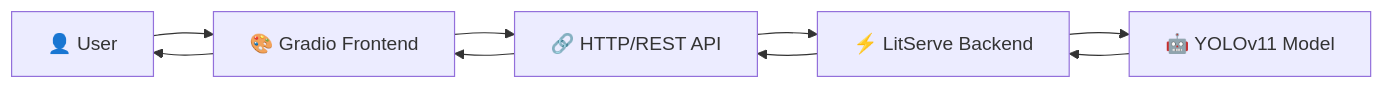
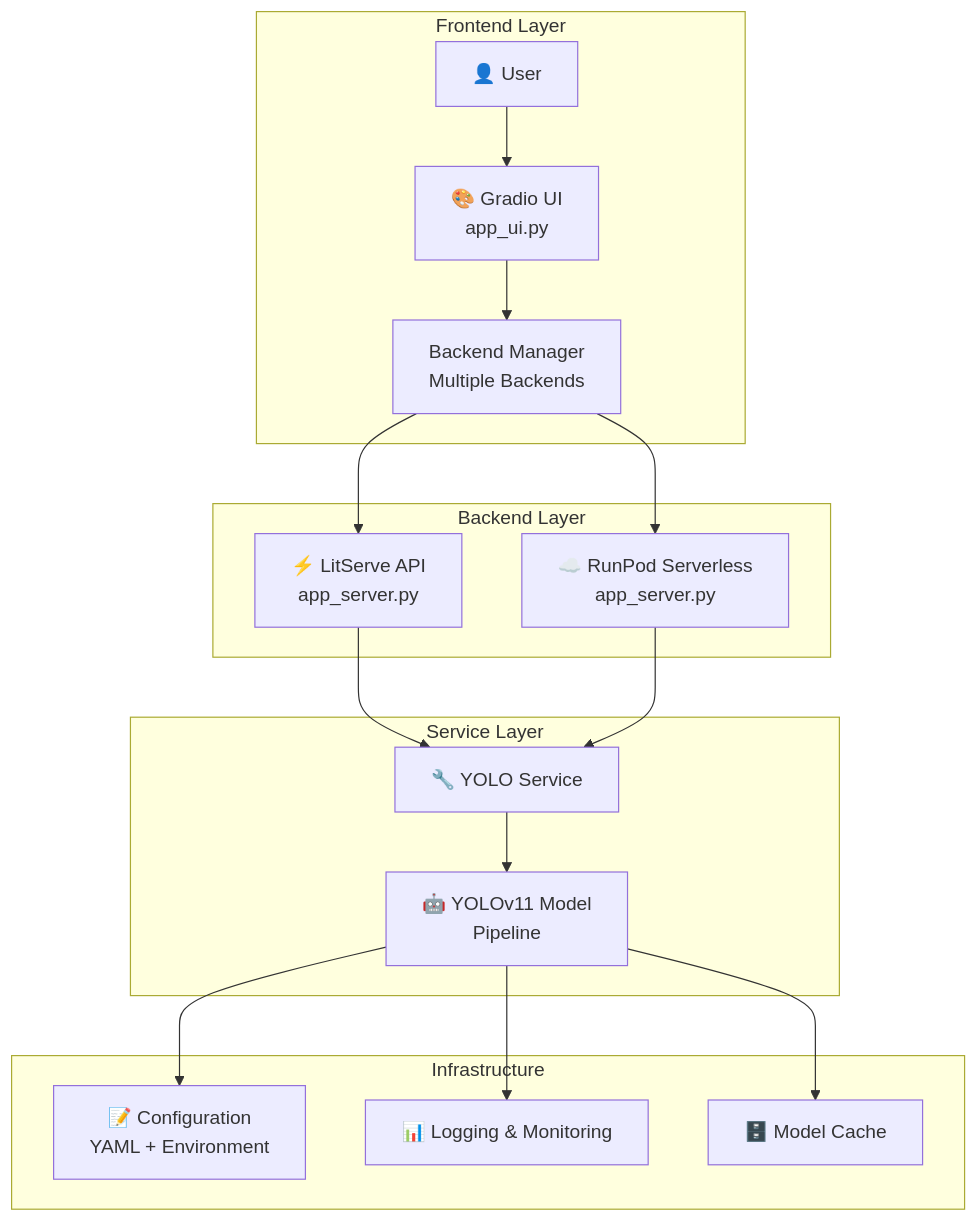
The first of 3 diagrams in README.md (amrit2356/gradio-litserve-api-development-template), drawn with Mermaid before and after one commit. The commit also changed other lines of this file and 1 other file, not shown here.

````diff
--- a/README.md
+++ b/README.md
@@ -37,11 +40,24 @@
 ```mermaid
-graph LR
-    A[👤 User] --> B[🎨 Gradio Frontend]
-    B --> C[🔗 HTTP/REST API]
-    C --> D[⚡ LitServe Backend]
-    D --> E[🤖 YOLOv11 Model]
-    E --> D
-    D --> C
-    C --> B
-    B --> A
+graph TB
+    subgraph "Frontend Layer"
+        A[👤 User] --> B[🎨 Gradio UI<br/>app_ui.py]
+        B --> C[Backend Manager<br/>Multiple Backends]
+    end
+    
+    subgraph "Backend Layer"
+        C --> D[⚡ LitServe API<br/>app_server.py]
+        C --> E[☁️ RunPod Serverless<br/>app_server.py]
+    end
+    
+    subgraph "Service Layer"
+        D --> F[🔧 YOLO Service]
+        E --> F
+        F --> G[🤖 YOLOv11 Model<br/>Pipeline]
+    end
+    
+    subgraph "Infrastructure"
+        G --> H[📝 Configuration<br/>YAML + Environment]
+        G --> I[📊 Logging & Monitoring]
+        G --> J[🗄️ Model Cache]
+    end
 ```
````
